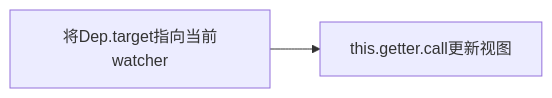
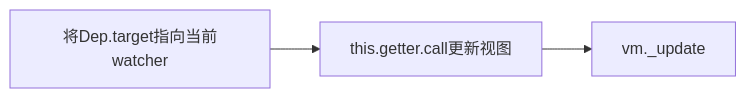
The first of 3 diagrams in docs/vue源码分析/响应式原理/index.md (tinn2015/Notes), drawn with Mermaid before and after one commit. The commit also changed other lines of this file and 3 other files, not shown here.

````diff
--- a/docs/vue源码分析/响应式原理/index.md
+++ b/docs/vue源码分析/响应式原理/index.md
@@ -694,5 +713,6 @@
 ```mermaid
 graph LR
 
-将Dep.target指向当前watcher --> this.getter.call更新视图
+将Dep.target指向当前watcher --> this.getter.call更新视图 --> vm._update
+
 ```
````
